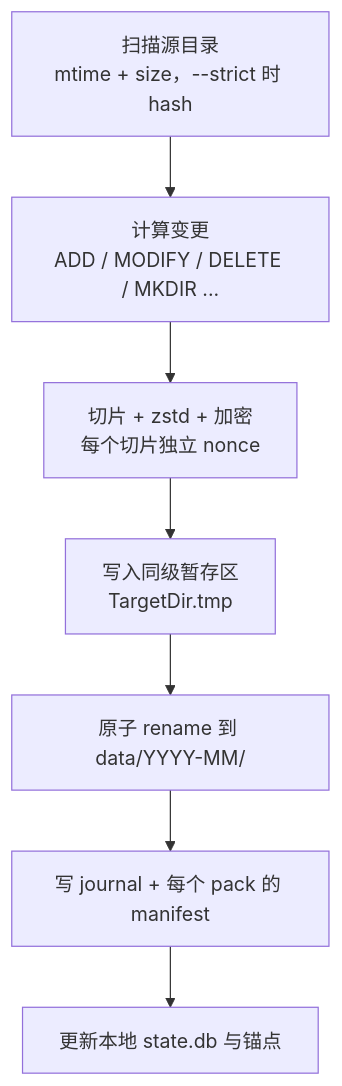
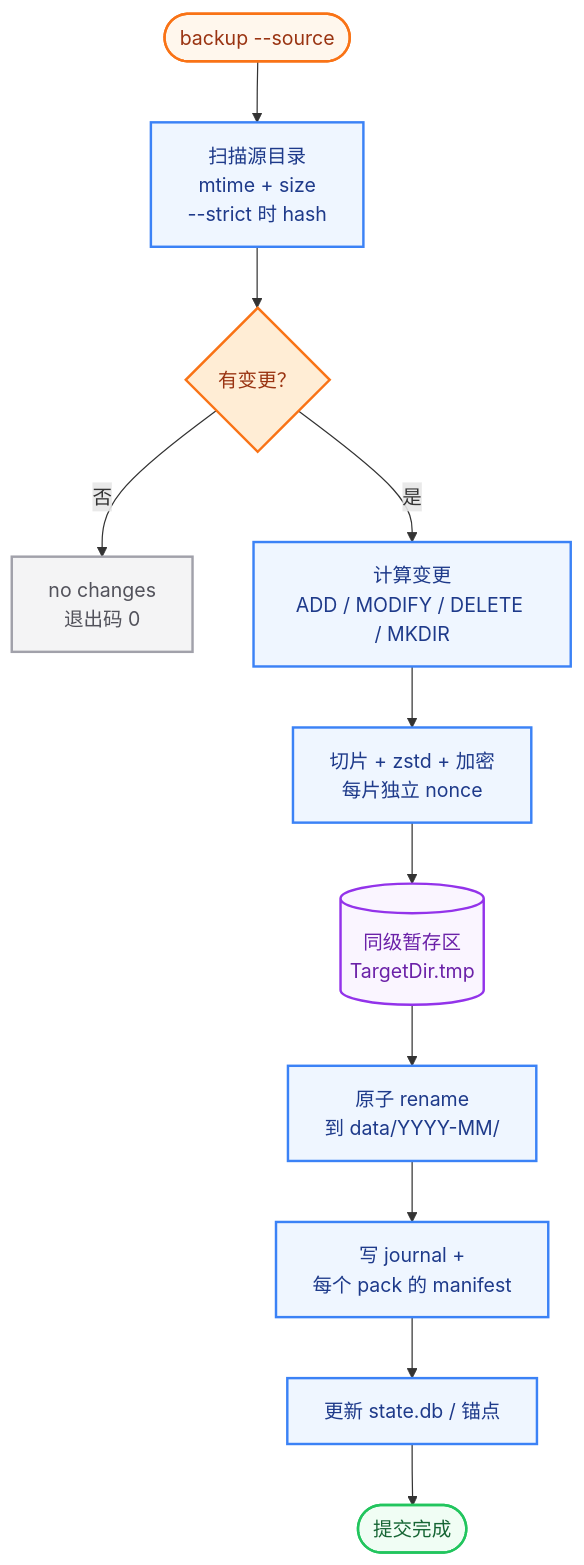
One commit to tangthinker/encry-immortals changed the second of 4 diagrams in README.md. Above: the diagram before and after it, drawn with Mermaid. The commit also changed other lines of this file, not shown here.

First line of the commit message:
docs: give README diagrams semantic roles and clearer flow

````diff
--- a/README.md
+++ b/README.md
@@ -48,9 +64,26 @@
 ```mermaid
 flowchart TD
-    A["扫描源目录<br/>mtime + size，--strict 时 hash"] --> B["计算变更<br/>ADD / MODIFY / DELETE / MKDIR ..."]
-    B --> C["切片 + zstd + 加密<br/>每个切片独立 nonce"]
-    C --> D["写入同级暂存区<br/>TargetDir.tmp"]
-    D --> E["原子 rename 到 data/YYYY-MM/"]
-    E --> F["写 journal + 每个 pack 的 manifest"]
-    F --> G["更新本地 state.db 与锚点"]
+    A(["backup --source"]) --> B["扫描源目录<br/>mtime + size<br/>--strict 时 hash"]
+    B --> C{"有变更？"}
+    C -->|否| N["no changes<br/>退出码 0"]
+    C -->|是| D["计算变更<br/>ADD / MODIFY / DELETE / MKDIR"]
+    D --> E["切片 + zstd + 加密<br/>每片独立 nonce"]
+    E --> F[("同级暂存区<br/>TargetDir.tmp")]
+    F --> G["原子 rename<br/>到 data/YYYY-MM/"]
+    G --> H["写 journal +<br/>每个 pack 的 manifest"]
+    H --> I["更新 state.db / 锚点"]
+    I --> J(["提交完成"])
+
+    classDef entry fill:#FFF7ED,stroke:#F97316,stroke-width:2px,color:#9A3412
+    classDef process fill:#EFF6FF,stroke:#3B82F6,stroke-width:2px,color:#1E3A8A
+    classDef decision fill:#FFEDD5,stroke:#F97316,stroke-width:2px,color:#9A3412
+    classDef storage fill:#FAF5FF,stroke:#9333EA,stroke-width:2px,color:#6B21A8
+    classDef success fill:#F0FDF4,stroke:#22C55E,stroke-width:2px,color:#166534
+    classDef muted fill:#F4F4F5,stroke:#A1A1AA,stroke-width:2px,color:#52525B
+    class A entry
+    class B,D,E,G,H,I process
+    class C decision
+    class F storage
+    class N muted
+    class J success
 ```
````
